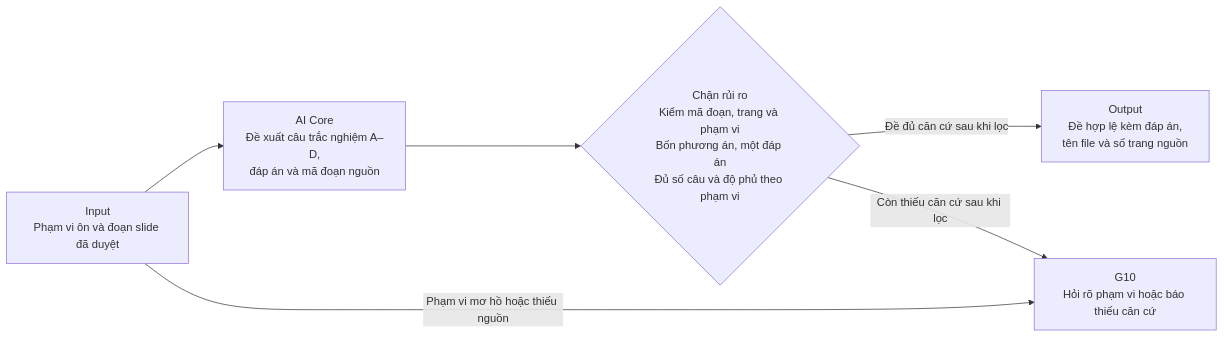
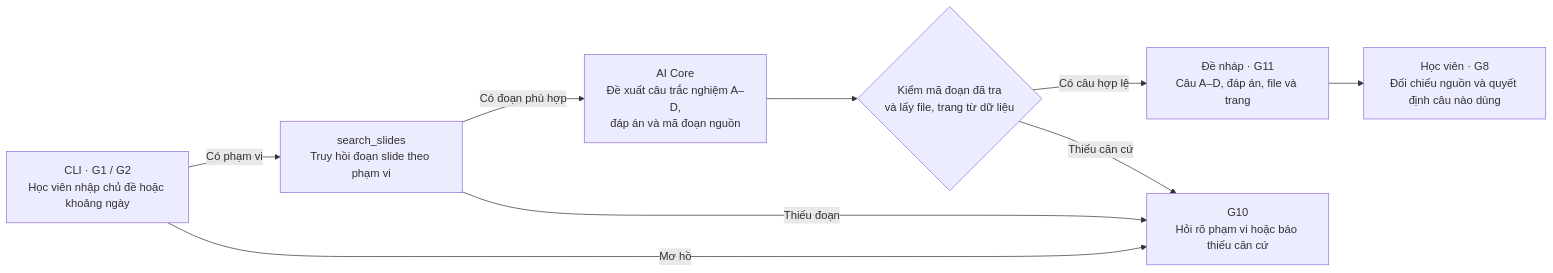
Before and after one commit to lam2121/K5-Day15-L3B-NhomBaKhi: the diagram in spec.md, drawn with Mermaid. The commit also changed other lines of this file and 3 other files, not shown here.

````diff
--- a/spec.md
+++ b/spec.md
@@ -47,13 +39,17 @@
 ```mermaid
 flowchart LR
-    input["Input<br/>Phạm vi ôn và đoạn slide đã duyệt"]
+    input["CLI · G1 / G2<br/>Học viên nhập chủ đề hoặc khoảng ngày"]
+    retrieve["search_slides<br/>Truy hồi đoạn slide theo phạm vi"]
     core["AI Core<br/>Đề xuất câu trắc nghiệm A–D,<br/>đáp án và mã đoạn nguồn"]
-    guard{"Chặn rủi ro<br/>Kiểm mã đoạn, trang và phạm vi<br/>Bốn phương án, một đáp án<br/>Đủ số câu và độ phủ theo phạm vi"}
-    output["Output<br/>Đề hợp lệ kèm đáp án,<br/>tên file và số trang nguồn"]
+    guard{"Kiểm mã đoạn đã tra<br/>và lấy file, trang từ dữ liệu"}
+    output["Đề nháp · G11<br/>Câu A–D, đáp án, file và trang"]
+    review["Học viên · G8<br/>Đối chiếu nguồn và quyết định câu nào dùng"]
     fallback["G10<br/>Hỏi rõ phạm vi hoặc báo thiếu căn cứ"]
 
-    input --> core --> guard
-    guard -->|Đề đủ căn cứ sau khi lọc| output
-    input -->|Phạm vi mơ hồ hoặc thiếu nguồn| fallback
-    guard -->|Còn thiếu căn cứ sau khi lọc| fallback
+    input -->|Có phạm vi| retrieve
+    input -->|Mơ hồ| fallback
+    retrieve -->|Có đoạn phù hợp| core --> guard
+    retrieve -->|Thiếu đoạn| fallback
+    guard -->|Có câu hợp lệ| output --> review
+    guard -->|Thiếu căn cứ| fallback
 ```
````
